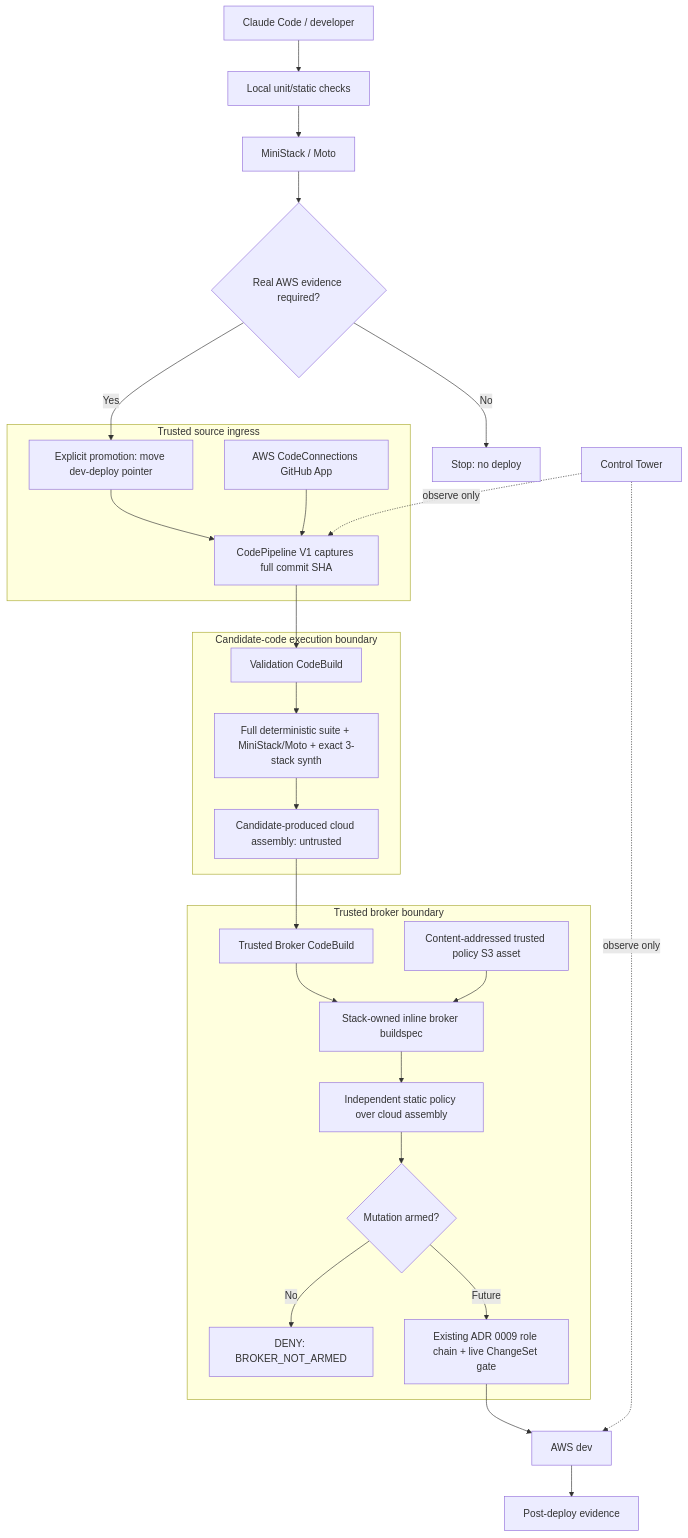
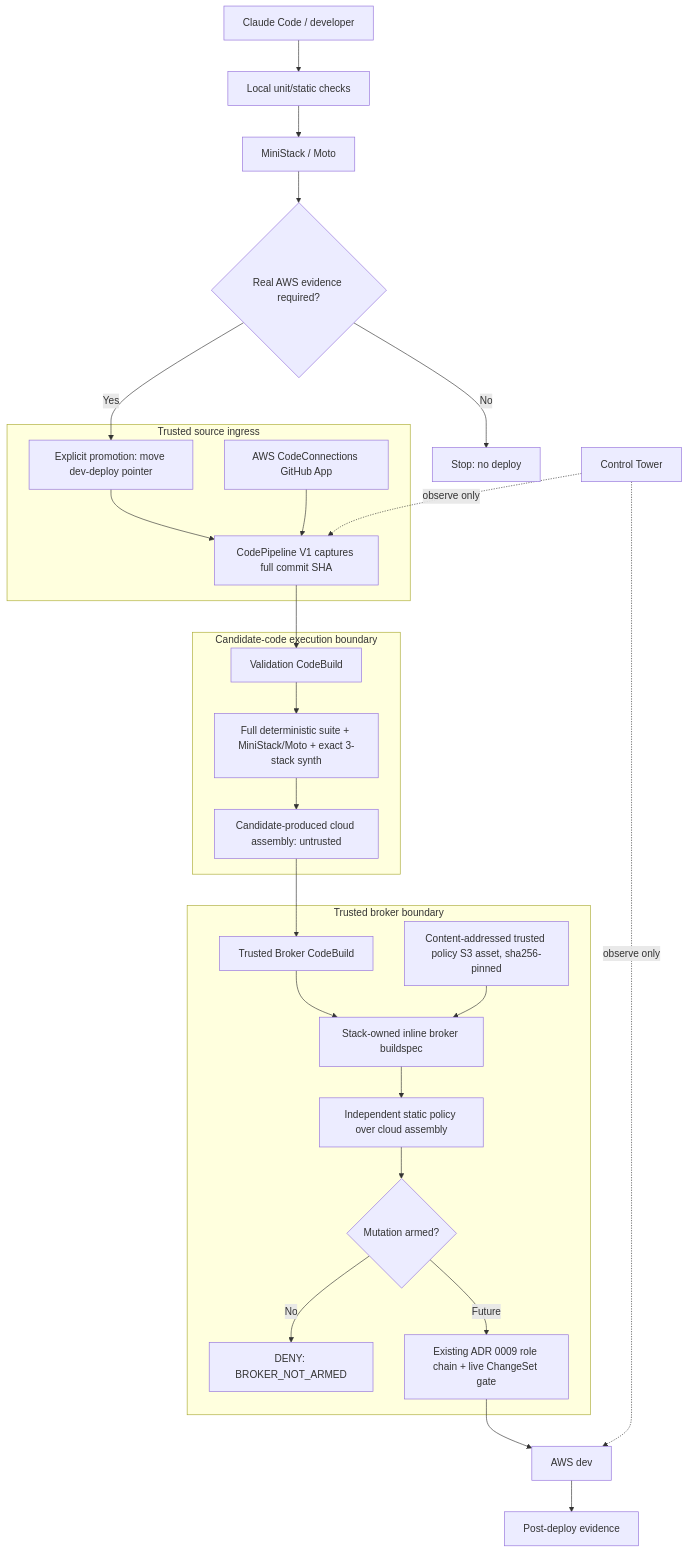
Before and after one commit to 20m61/open-reception: the diagram in docs/architecture/aws-dev-deploy-broker.md, drawn with Mermaid. The commit also changed other lines of this file, not shown here.

First line of the commit message:
docs(architecture): trusted policy の実際の露出（共有 bootstrap asset bucket）とハッシュピンを明記し、Phase 2 武装前ブロッカーを記録する

````diff
--- a/docs/architecture/aws-dev-deploy-broker.md
+++ b/docs/architecture/aws-dev-deploy-broker.md
@@ -9,35 +9,35 @@
 ```mermaid
 flowchart TD
   A[Claude Code / developer] --> B[Local unit/static checks]
   B --> C[MiniStack / Moto]
   C --> D{Real AWS evidence required?}
   D -- No --> E[Stop: no deploy]
   D -- Yes --> F[Explicit promotion: move dev-deploy pointer]
 
   subgraph TRUSTED_INGRESS[Trusted source ingress]
     F --> G[CodePipeline V1 captures full commit SHA]
     H[AWS CodeConnections GitHub App] --> G
   end
 
   subgraph UNTRUSTED[Candidate-code execution boundary]
     G --> I[Validation CodeBuild]
     I --> J[Full deterministic suite + MiniStack/Moto + exact 3-stack synth]
     J --> K[Candidate-produced cloud assembly: untrusted]
   end
 
   subgraph TRUSTED_BROKER[Trusted broker boundary]
     K --> L[Trusted Broker CodeBuild]
     L --> M[Stack-owned inline broker buildspec]
-    U[Content-addressed trusted policy S3 asset] --> M
+    U[Content-addressed trusted policy S3 asset, sha256-pinned] --> M
     M --> P[Independent static policy over cloud assembly]
     P --> N{Mutation armed?}
     N -- No --> O[DENY: BROKER_NOT_ARMED]
     N -- Future --> Q[Existing ADR 0009 role chain + live ChangeSet gate]
   end
 
   Q --> R[AWS dev]
   R --> S[Post-deploy evidence]
 
   T[Control Tower] -. observe only .-> G
   T -. observe only .-> R
 ```
````
